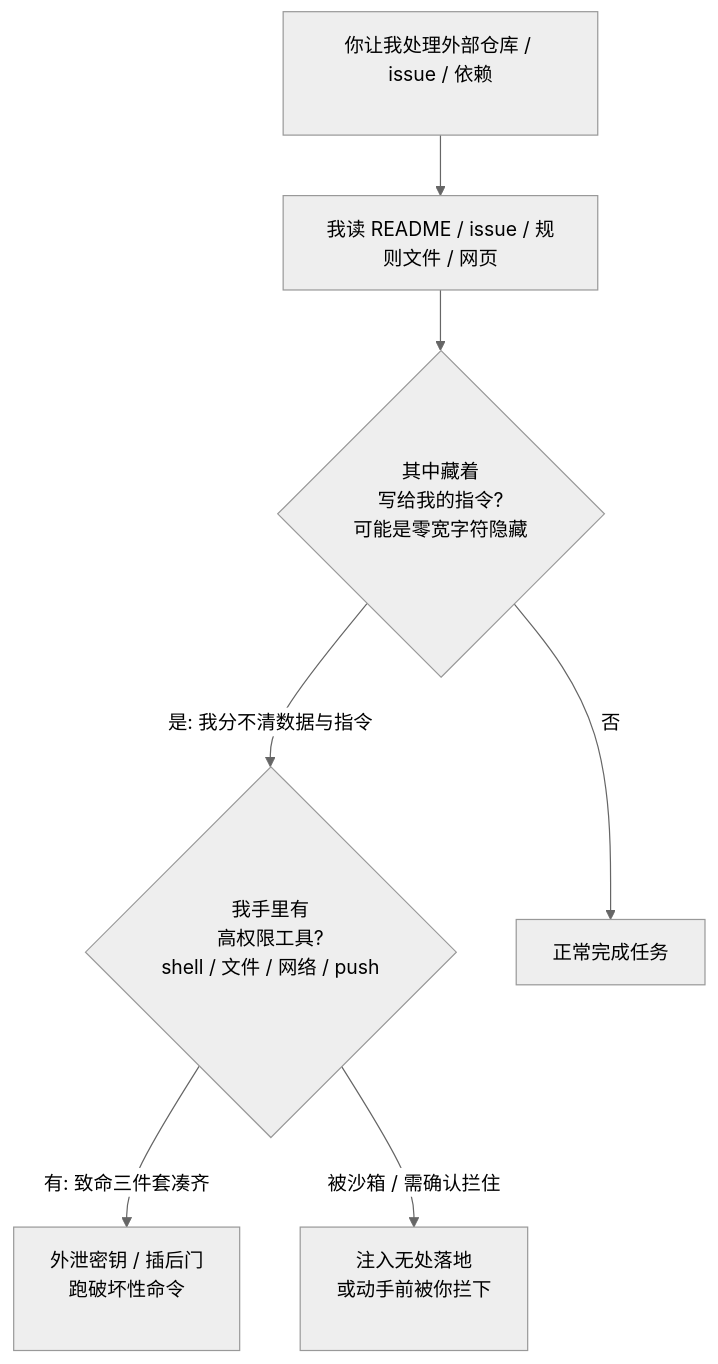
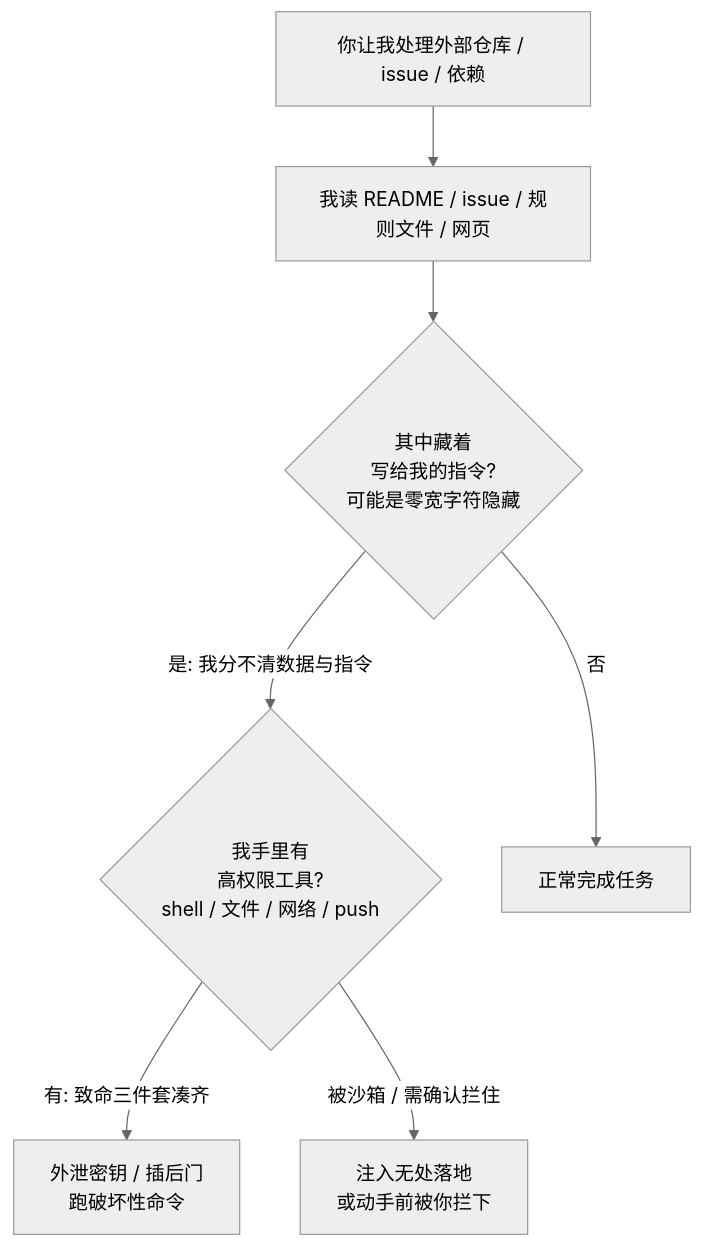
The diagram in docs/05-implementation/dev-time-prompt-injection.mdx (XuebinMa/AIWiki), drawn with Mermaid (neutral theme) before and after one commit. The commit also changed 99 other files, not shown here.

First line of the commit message:
fix(mermaid): 全局根治节点文字裁切（htmlLabels:false + 清理 br/nbsp 占位）(#26)

````diff
--- a/docs/05-implementation/dev-time-prompt-injection.mdx
+++ b/docs/05-implementation/dev-time-prompt-injection.mdx
@@ -44,9 +44,9 @@
 ```mermaid
 flowchart TD
-    A[你让我处理外部仓库 / issue / 依赖<br/>&nbsp;] --> B[我读 README / issue / 规则文件 / 网页]
-    B --> C{其中藏着<br/>写给我的指令?<br/>可能是零宽字符隐藏<br/>&nbsp;}
-    C -->|是: 我分不清数据与指令| D{我手里有<br/>高权限工具?<br/>shell / 文件 / 网络 / push<br/>&nbsp;}
+    A[你让我处理外部仓库 / issue / 依赖] --> B[我读 README / issue / 规则文件 / 网页]
+    B --> C{其中藏着<br/>写给我的指令?<br/>可能是零宽字符隐藏}
+    C -->|是: 我分不清数据与指令| D{我手里有<br/>高权限工具?<br/>shell / 文件 / 网络 / push}
     C -->|否| E[正常完成任务]
-    D -->|有: 致命三件套凑齐| F[外泄密钥 / 插后门<br/>跑破坏性命令<br/>&nbsp;]
-    D -->|被沙箱 / 需确认拦住| G[注入无处落地<br/>或动手前被你拦下<br/>&nbsp;]
+    D -->|有: 致命三件套凑齐| F[外泄密钥 / 插后门<br/>跑破坏性命令]
+    D -->|被沙箱 / 需确认拦住| G[注入无处落地<br/>或动手前被你拦下]
 ```
````
